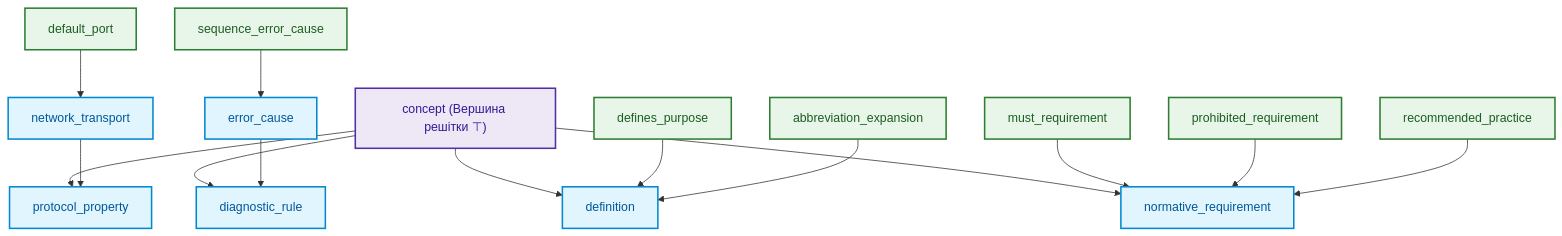
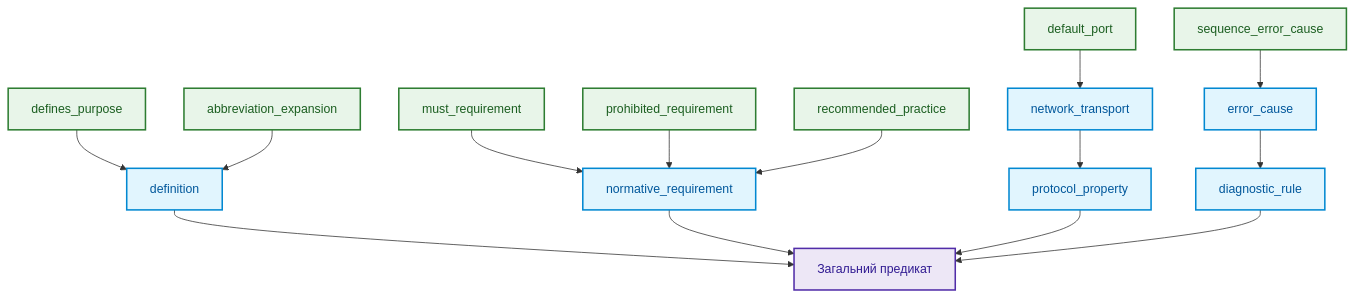
One commit to nick-fedchik/articles changed the third of 5 diagrams in ExpertSystem/ch31-syllogistic-reasoning-and-relation-lattices.md. Above: the diagram before and after it, drawn with Mermaid. The commit also changed other lines of this file and 20 other files, not shown here.

````diff
--- a/ExpertSystem/ch31-syllogistic-reasoning-and-relation-lattices.md
+++ b/ExpertSystem/ch31-syllogistic-reasoning-and-relation-lattices.md
@@ -215,32 +214,32 @@
 ```mermaid
 flowchart TD
-    accTitle: Решітка відношень та ієрархія предикатів
+    accTitle: Ієрархія предикатів від спеціалізації до узагальнення
     accDescr: Деревоподібний DAG відношень від загальних категорій до специфічних норм.
 
-    TOP["concept (Вершина решітки ⊤)"]
+    TOP["Загальний предикат"]
     
     DEF["definition"]
     NORM["normative_requirement"]
     PROP["protocol_property"]
     DIAG["diagnostic_rule"]
 
-    TOP --> DEF & NORM & PROP & DIAG
+    DEF & NORM & PROP & DIAG --> TOP
 
     DEF_PURP["defines_purpose"] --> DEF
     ABBR["abbreviation_expansion"] --> DEF
 
     MUST_REQ["must_requirement"] --> NORM
     PROHIB["prohibited_requirement"] --> NORM
     RECOM["recommended_practice"] --> NORM
 
     PORT["default_port"] --> TRANSPORT["network_transport"] --> PROP
     SEQ_ERR["sequence_error_cause"] --> ERR_CAUSE["error_cause"] --> DIAG
 
     classDef top fill:#ede7f6,stroke:#512da8,stroke-width:2px,color:#311b92;
     classDef mid fill:#e1f5fe,stroke:#0288d1,stroke-width:2px,color:#01579b;
     classDef leaf fill:#e8f5e9,stroke:#2e7d32,stroke-width:2px,color:#1b5e20;
 
     class TOP top;
     class DEF,NORM,PROP,DIAG,TRANSPORT,ERR_CAUSE mid;
     class DEF_PURP,ABBR,MUST_REQ,PROHIB,RECOM,PORT,SEQ_ERR leaf;
 ```
````
